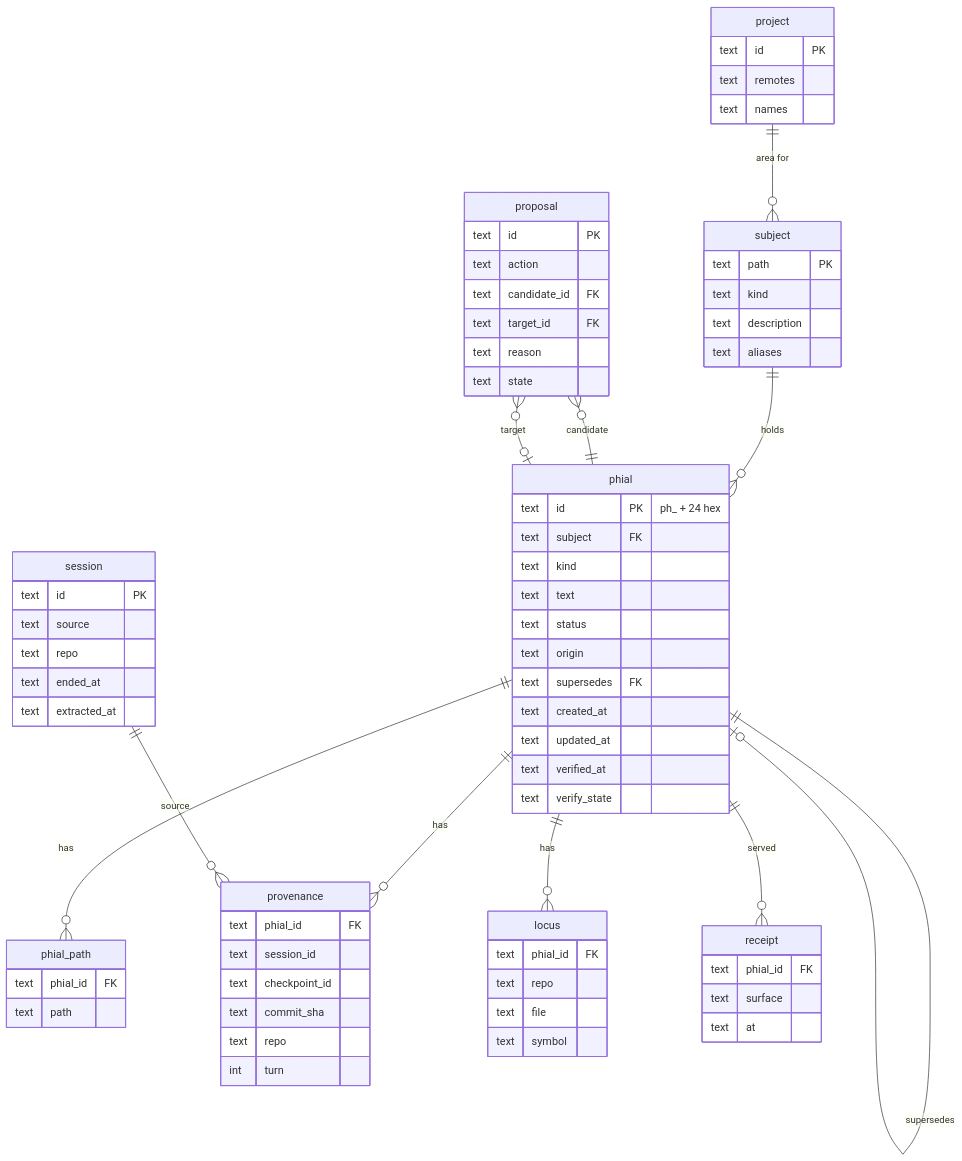
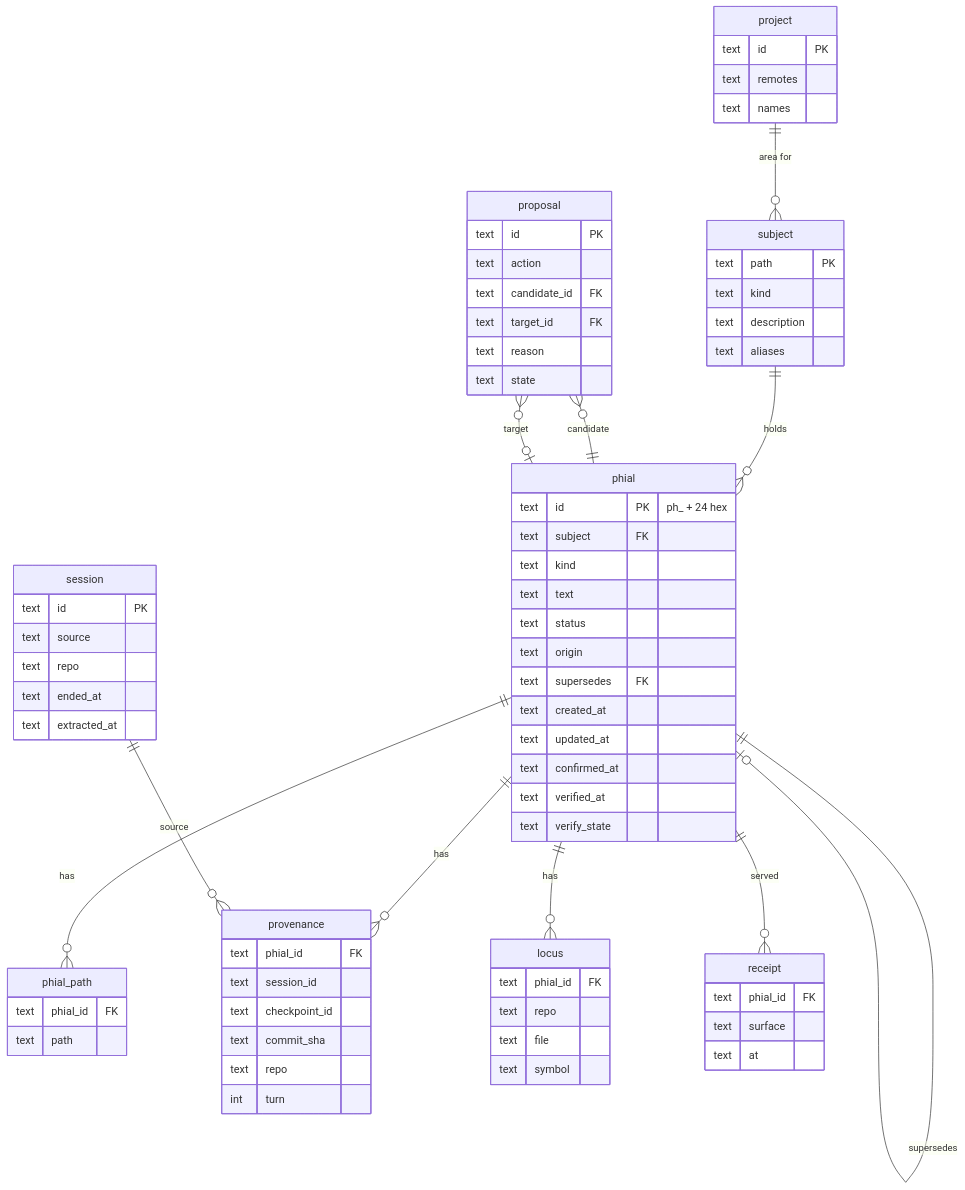
The second of 4 diagrams in docs/design.md (jaspermayone/phial), drawn with Mermaid before and after one commit. The commit also changed other lines of this file, not shown here.

````diff
--- a/docs/design.md
+++ b/docs/design.md
@@ -86,76 +86,77 @@
 ```mermaid
 erDiagram
   phial ||--o{ phial_path : has
   phial ||--o{ provenance : has
   phial ||--o{ locus : has
   phial ||--o{ receipt : served
   phial ||--o| phial : supersedes
   subject ||--o{ phial : holds
   project ||--o{ subject : "area for"
   session ||--o{ provenance : source
   proposal }o--|| phial : candidate
   proposal }o--o| phial : target
 
   phial {
     text id PK "ph_ + 24 hex"
     text subject FK
     text kind
     text text
     text status
     text origin
     text supersedes FK
     text created_at
     text updated_at
+    text confirmed_at
     text verified_at
     text verify_state
   }
   phial_path {
     text phial_id FK
     text path
   }
   provenance {
     text phial_id FK
     text session_id
     text checkpoint_id
     text commit_sha
     text repo
     int turn
   }
   locus {
     text phial_id FK
     text repo
     text file
     text symbol
   }
   subject {
     text path PK
     text kind
     text description
     text aliases
   }
   project {
     text id PK
     text remotes
     text names
   }
   session {
     text id PK
     text source
     text repo
     text ended_at
     text extracted_at
   }
   proposal {
     text id PK
     text action
     text candidate_id FK
     text target_id FK
     text reason
     text state
   }
   receipt {
     text phial_id FK
     text surface
     text at
   }
 ```
````
